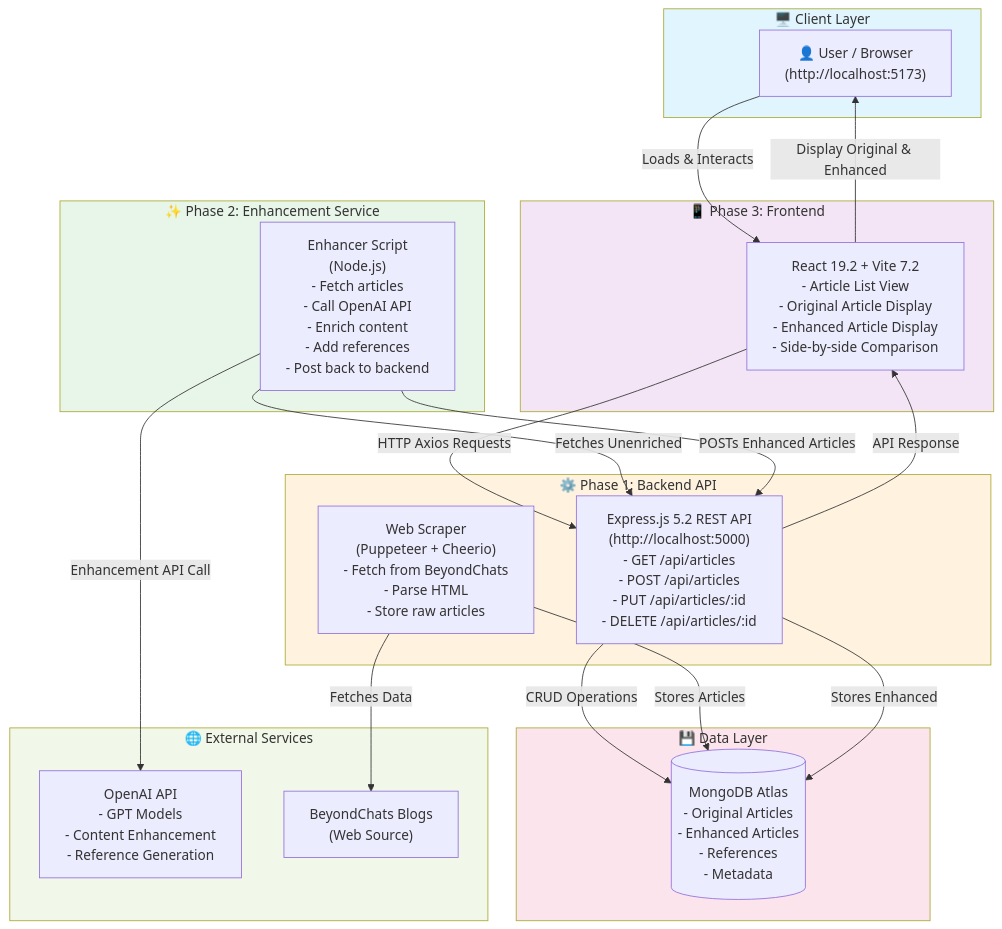
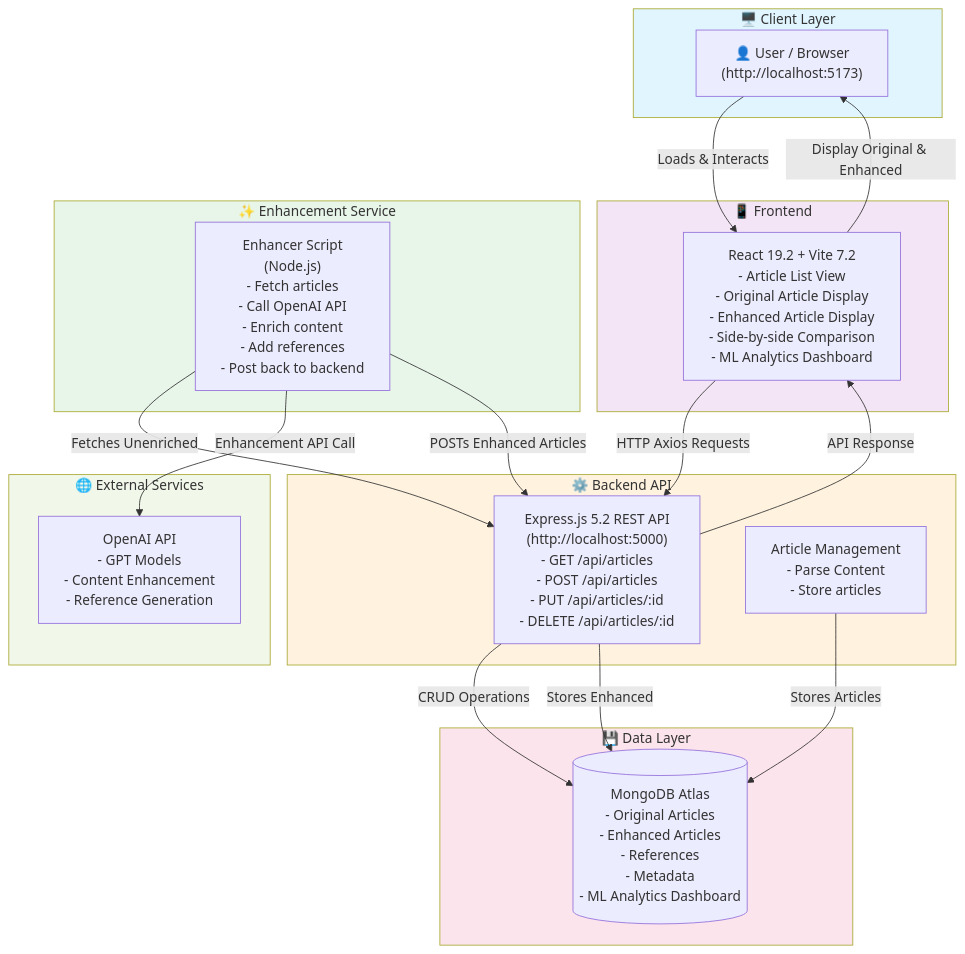
One commit to Samiksha-Lone/beyondchats-assignment changed the second of 2 diagrams in README.md. Above: the diagram before and after it, drawn with Mermaid. The commit also changed other lines of this file and 6 other files, not shown here.

````diff
--- a/README.md
+++ b/README.md
@@ -744,48 +746,46 @@
 ```mermaid
 graph TB
     subgraph Client["🖥️ Client Layer"]
         U["👤 User / Browser<br/>(http://localhost:5173)"]
     end
     
-    subgraph Frontend["📱 Phase 3: Frontend"]
-        FE["React 19.2 + Vite 7.2<br/>- Article List View<br/>- Original Article Display<br/>- Enhanced Article Display<br/>- Side-by-side Comparison"]
+    subgraph Frontend["📱 Frontend"]
+        FE["React 19.2 + Vite 7.2<br/>- Article List View<br/>- Original Article Display<br/>- Enhanced Article Display<br/>- Side-by-side Comparison<br/>- ML Analytics Dashboard"]
     end
     
-    subgraph Backend["⚙️ Phase 1: Backend API"]
+    subgraph Backend["⚙️ Backend API"]
         BE["Express.js 5.2 REST API<br/>(http://localhost:5000)<br/>- GET /api/articles<br/>- POST /api/articles<br/>- PUT /api/articles/:id<br/>- DELETE /api/articles/:id"]
         
-        SC["Web Scraper<br/>(Puppeteer + Cheerio)<br/>- Fetch from BeyondChats<br/>- Parse HTML<br/>- Store raw articles"]
+        SC["Article Management<br/>- Parse Content<br/>- Store articles"]
     end
     
-    subgraph Enhancer["✨ Phase 2: Enhancement Service"]
+    subgraph Enhancer["✨ Enhancement Service"]
         EN["Enhancer Script<br/>(Node.js)<br/>- Fetch articles<br/>- Call OpenAI API<br/>- Enrich content<br/>- Add references<br/>- Post back to backend"]
     end
     
     subgraph Database["💾 Data Layer"]
-        M[("MongoDB Atlas<br/>- Original Articles<br/>- Enhanced Articles<br/>- References<br/>- Metadata")]
+        M[("MongoDB Atlas<br/>- Original Articles<br/>- Enhanced Articles<br/>- References<br/>- Metadata<br/>- ML Analytics Dashboard")]
     end
     
     subgraph External["🌐 External Services"]
         AI["OpenAI API<br/>- GPT Models<br/>- Content Enhancement<br/>- Reference Generation"]
-        BLOGS["BeyondChats Blogs<br/>(Web Source)"]
     end
     
     U -->|Loads & Interacts| FE
     FE -->|HTTP Axios Requests| BE
     BE -->|CRUD Operations| M
-    SC -->|Fetches Data| BLOGS
     SC -->|Stores Articles| M
     EN -->|Fetches Unenriched| BE
     EN -->|Enhancement API Call| AI
     EN -->|POSTs Enhanced Articles| BE
     BE -->|Stores Enhanced| M
     BE -->|API Response| FE
     FE -->|Display Original & Enhanced| U
     
     style Client fill:#e1f5ff
     style Frontend fill:#f3e5f5
     style Backend fill:#fff3e0
     style Enhancer fill:#e8f5e9
     style Database fill:#fce4ec
     style External fill:#f1f8e9
 ```
````
